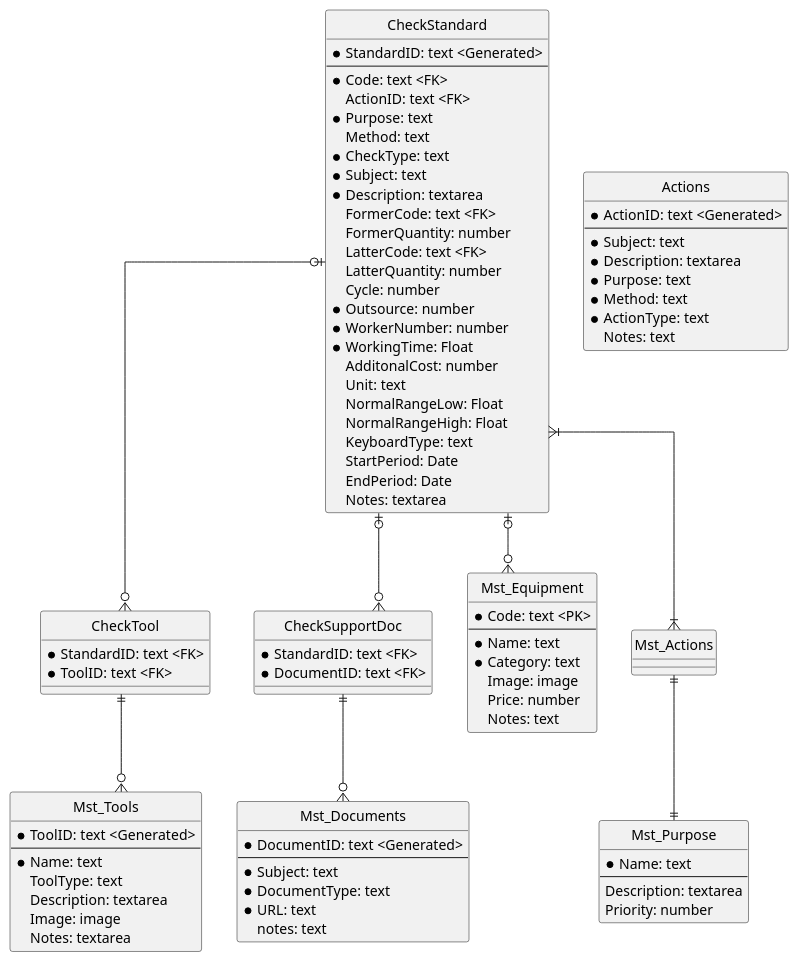
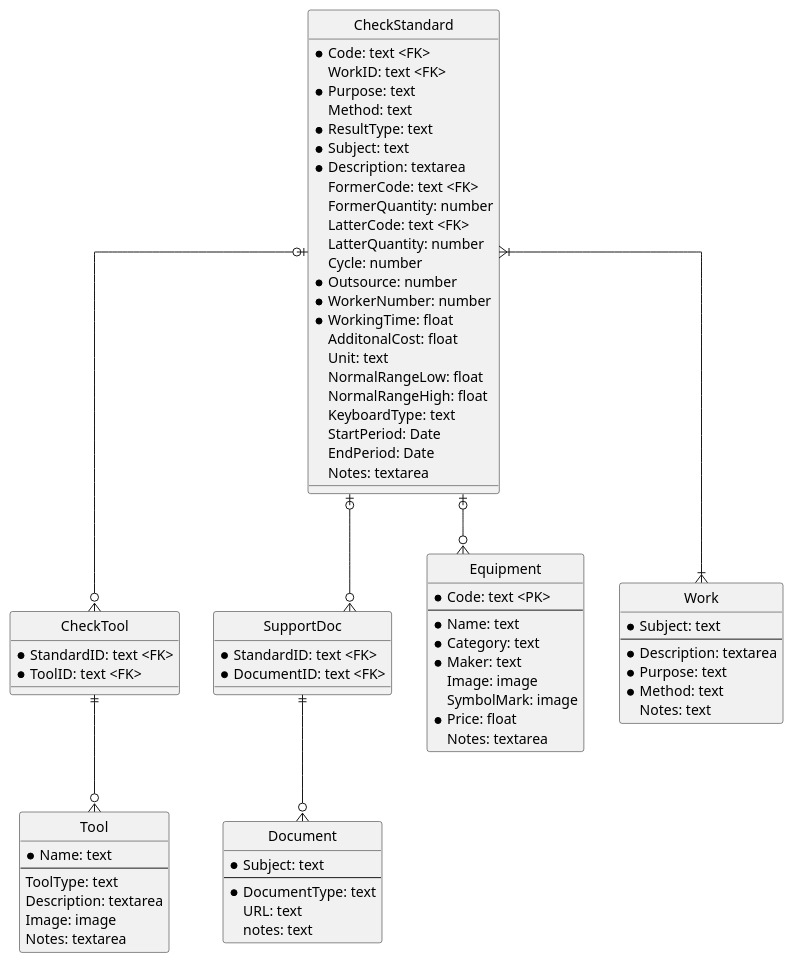
Before and after one commit to himiz6912/mms: the diagram in er_check_standard.pu, drawn with PlantUML.

```diff
--- a/er_check_standard.pu
+++ b/er_check_standard.pu
@@ -1,97 +1,86 @@
 @startuml
 hide circle
 skinparam linetype ortho
 
 entity CheckStandard {
-    * StandardID: text <Generated>
-    --
     * Code: text <FK>
-    ActionID: text <FK>
+    WorkID: text <FK>
     * Purpose: text
     Method: text
-    * CheckType: text
+    * ResultType: text
     * Subject: text
     * Description: textarea
     FormerCode: text <FK>
     FormerQuantity: number
     LatterCode: text <FK>
     LatterQuantity: number
     Cycle: number
     * Outsource: number
     * WorkerNumber: number
-    * WorkingTime: Float
-    AdditonalCost: number
+    * WorkingTime: float
+    AdditonalCost: float
     Unit: text
-    NormalRangeLow: Float
-    NormalRangeHigh: Float
+    NormalRangeLow: float
+    NormalRangeHigh: float
     KeyboardType: text
     StartPeriod: Date
     EndPeriod: Date
     Notes: textarea
 }
-' Method: Cleaning/ Visual check/ Listening check/ Touching check/ Measurement/ Recording/ Replacement
-' Type: Check/ Measure/ Picture/ Upload/ Replacement
+' Method: Cleaning/ Visual check/ Listening check/ Touching check/ Measurement/ Recording/ Replacement/ Confirmation
+' ResultType: Check/ Measure/ TakePicture/ Upload/ Replace/ Apply/ Propose 
 entity CheckTool {
     * StandardID: text <FK>
     * ToolID: text <FK>
 }
-entity CheckSupportDoc {
+entity SupportDoc {
     * StandardID: text <FK>
     * DocumentID: text <FK>
 }
-entity Mst_Equipment {
+entity Equipment {
     * Code: text <PK>
     --
     * Name: text
     * Category: text
+    * Maker: text
     Image: image
-    Price: number
-    Notes: text
+    SymbolMark: image
+    * Price: float
+    Notes: textarea
 }
 ' Category: Camera/ Recorder/ Periferals/ Panel/ Display/ Sensor/ Mount/ Output/ Communicator/ Power supply/ Battery
-entity Actions{
-    * ActionID: text <Generated>
+entity Work{
+    * Subject: text
     --
-    * Subject: text
     * Description: textarea
     * Purpose: text
     * Method: text
-    * ActionType: text
     Notes: text
 }
-' ActionType: Equipment/ Contract/ Operation/ Environment/ Others
-entity Mst_Tools {
-    * ToolID: text <Generated>
+' Purpose: Cleaning/ Function check/ Performance test/ Safety check/ Environment check/ Prevention measures/ Prevention measures/ Normalization/ Operation check
+' add Campaign and special check
+entity Tool {
+    * Name: text
     --
-    * Name: text
     ToolType: text
     Description: textarea
     Image: image
     Notes: textarea
 }
 ' ToolType: Indivisual tool/ Shared tool/ Purchaising/ Rental
-entity Mst_Documents {
-    * DocumentID: text <Generated>
+entity Document {
+    * Subject: text
     --
-    * Subject: text
     * DocumentType: text
-    * URL: text
+    URL: text
     notes: text
 }
 ' DocumentType: Manual/ Instructions/ Checklist/ Contract/ Appearance/ Drawing
-entity Mst_Purpose {
-    * Name: text
-    --
-    Description: textarea
-    Priority: number
-}
-' Purpose: Cleaning/ Function check/ Performance test/ Safety check/ Environment check/ Prevention measures/ Repair
-' add Campaign and special check
-CheckStandard |o--o{ Mst_Equipment
+
+CheckStandard |o--o{ Equipment
 CheckStandard |o--o{ CheckTool
-CheckStandard |o--o{ CheckSupportDoc
-CheckTool ||--o{ Mst_Tools
-CheckSupportDoc ||--o{ Mst_Documents
-CheckStandard }|--|{ Mst_Actions
-Mst_Actions ||--|| Mst_Purpose
+CheckStandard |o--o{ SupportDoc
+CheckTool ||--o{ Tool
+SupportDoc ||--o{ Document
+CheckStandard }|--|{ Work
 @enduml
```
